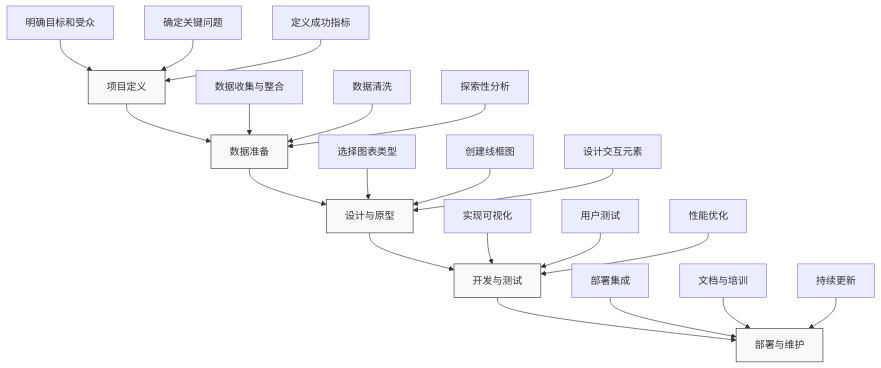
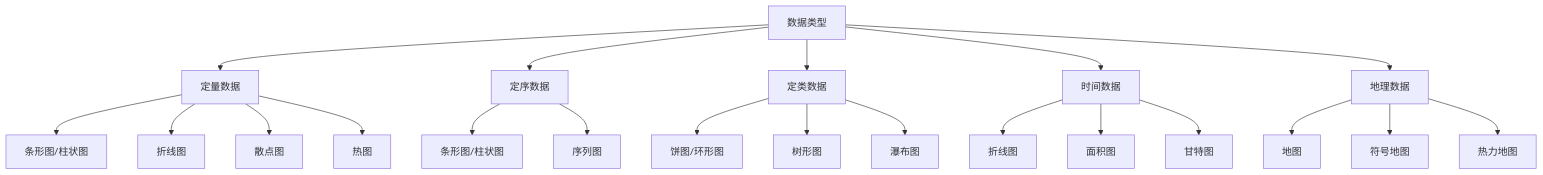
One commit to amcoimg/my-digital-garden changed the second of 3 diagrams in src/site/notes/知识共享/002_商业分析/01_学习内容/02_数据收集与处理/2.3 数据可视化技术.md. Above: the diagram before and after it, drawn with Mermaid. The commit also changed other lines of this file and 3 other files, not shown here.

````diff
--- a/src/site/notes/知识共享/002_商业分析/01_学习内容/02_数据收集与处理/2.3 数据可视化技术.md
+++ b/src/site/notes/知识共享/002_商业分析/01_学习内容/02_数据收集与处理/2.3 数据可视化技术.md
@@ -542,33 +87,28 @@
 ```mermaid
 graph TD
-    A[项目定义] --> B[数据准备]
-    B --> C[设计与原型]
-    C --> D[开发与测试]
-    D --> E[部署与维护]
+    A[数据类型] --> B[定量数据]
+    A --> C[定序数据]
+    A --> D[定类数据]
+    A --> E[时间数据]
+    A --> F[地理数据]
+
+    B --> G[条形图/柱状图]
+    B --> H[折线图]
+    B --> I[散点图]
+    B --> J[热图]
     
-    A1[明确目标和受众] --> A
-    A2[确定关键问题] --> A
-    A3[定义成功指标] --> A
+    C --> K[条形图/柱状图]
+    C --> L[序列图]
     
-    B1[数据收集与整合] --> B
-    B2[数据清洗] --> B
-    B3[探索性分析] --> B
+    D --> M[饼图/环形图]
+    D --> N[树形图]
+    D --> O[瀑布图]
     
-    C1[选择图表类型] --> C
-    C2[创建线框图] --> C
-    C3[设计交互元素] --> C
+    E --> P[折线图]
+    E --> Q[面积图]
+    E --> R[甘特图]
     
-    D1[实现可视化] --> D
-    D2[用户测试] --> D
-    D3[性能优化] --> D
-    
-    E1[部署集成] --> E
-    E2[文档与培训] --> E
-    E3[持续更新] --> E
-    
-    style A fill:#f9f9f9,stroke:#333,stroke-width:1px
-    style B fill:#f9f9f9,stroke:#333,stroke-width:1px
-    style C fill:#f9f9f9,stroke:#333,stroke-width:1px
-    style D fill:#f9f9f9,stroke:#333,stroke-width:1px
-    style E fill:#f9f9f9,stroke:#333,stroke-width:1px
+    F --> S[地图]
+    F --> T[符号地图]
+    F --> U[热力地图]
 ```
````
